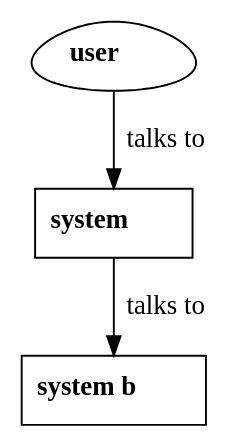
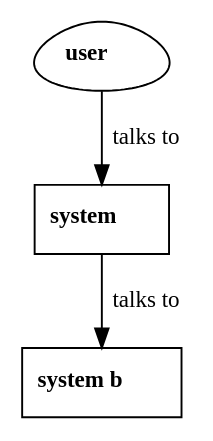
One commit to ryepup/c4-lab changed the diagram in src/core/samples/two-edges.dot. Above: the diagram before and after it, drawn with Graphviz. The commit also changed 12 other files, not shown here.

```diff
--- a/src/core/samples/two-edges.dot
+++ b/src/core/samples/two-edges.dot
@@ -1,16 +1,18 @@
 digraph g {
   compound=true
+  node[fontsize=12]
+  edge[fontsize=12]
 
   g0 [shape="box" label=<
 <b>system</b>
   >]
   g1 [shape="box" label=<
 <b>system b</b>
   >]
   g2 [shape="egg" label=<
 <b>user</b>
   >]
 
   g2 -> g0 [label="talks to"]
   g0 -> g1 [label="talks to"]
 }
```
